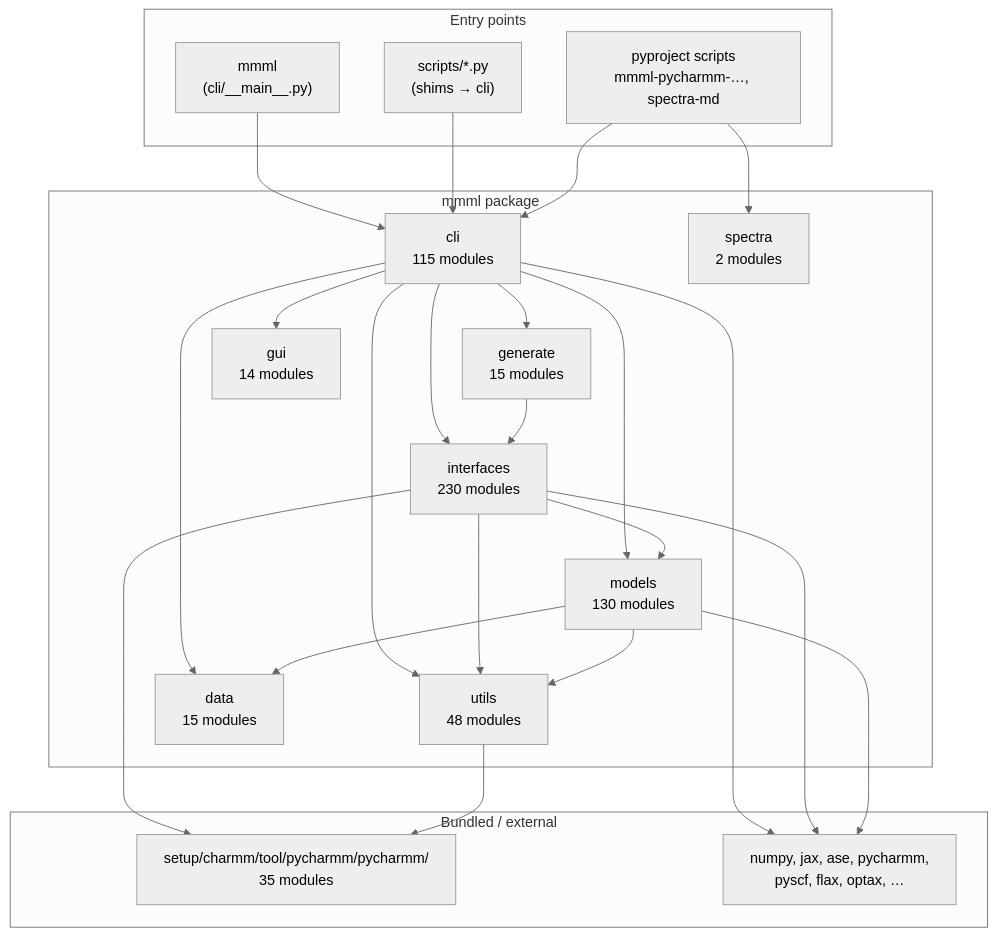
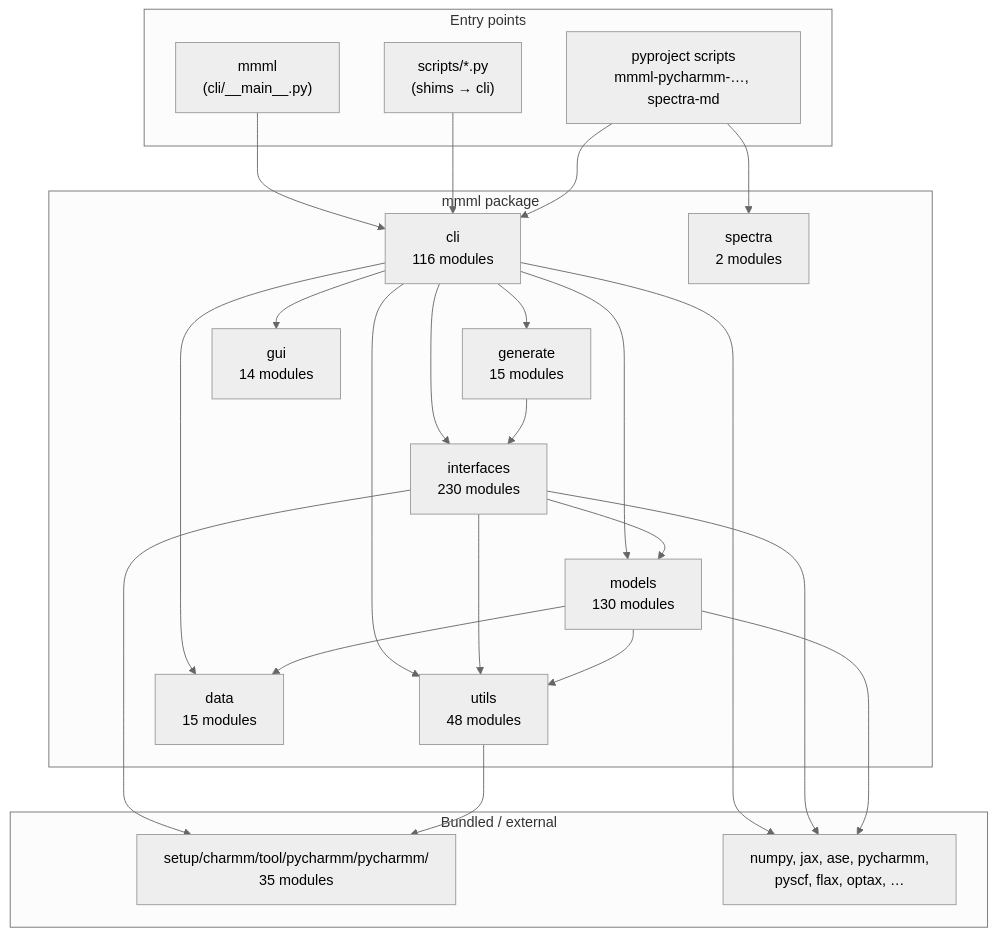
One commit to EricBoittier/mmml changed the first of 8 diagrams in docs/package-architecture.md. Above: the diagram before and after it, drawn with Mermaid (neutral theme). The commit also changed other lines of this file, not shown here.

Commit message:
update(docs): reflect changes in CLI module and subcommand counts
This commit updates the documentation to reflect the current counts of modules and subcommands in the CLI. The number of modules in the `mmml` package is increased from 115 to 116, and the subcommands in `cli/__main__.py` are updated from 56 to 57. These changes ensure that the documentation accurately represents the latest structure of the CLI.

````diff
--- a/docs/package-architecture.md
+++ b/docs/package-architecture.md
@@ -13,48 +13,48 @@
 ```mermaid
 flowchart TB
   subgraph entry["Entry points"]
     MMML["mmml\n(cli/__main__.py)"]
     SCRIPTS["scripts/*.py\n(shims → cli)"]
     PKG["pyproject scripts\nmmml-pycharmm-…, spectra-md"]
   end
 
   subgraph mmml_pkg["mmml package"]
-    CLI["cli\n115 modules"]
+    CLI["cli\n116 modules"]
     IFACE["interfaces\n230 modules"]
     MODELS["models\n130 modules"]
     UTILS["utils\n48 modules"]
     DATA["data\n15 modules"]
     GEN["generate\n15 modules"]
     GUI["gui\n14 modules"]
     SPEC["spectra\n2 modules"]
   end
 
   subgraph vendor["Bundled / external"]
     PYCH["setup/charmm/tool/pycharmm/pycharmm/\n35 modules"]
     EXT["numpy, jax, ase, pycharmm,\npyscf, flax, optax, …"]
   end
 
   MMML --> CLI
   SCRIPTS --> CLI
   PKG --> CLI
   PKG --> SPEC
 
   CLI --> IFACE
   CLI --> MODELS
   CLI --> DATA
   CLI --> UTILS
   CLI --> GEN
   CLI --> GUI
 
   IFACE --> MODELS
   IFACE --> UTILS
   IFACE --> PYCH
   MODELS --> UTILS
   MODELS --> DATA
   UTILS --> PYCH
   GEN --> IFACE
 
   CLI --> EXT
   IFACE --> EXT
   MODELS --> EXT
 ```
````
